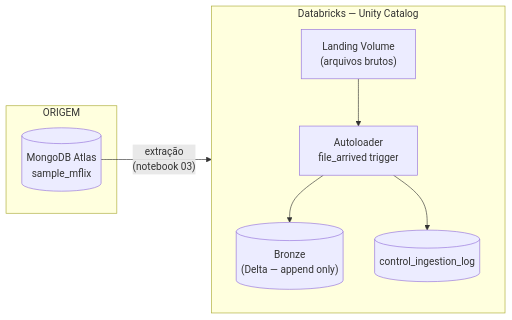
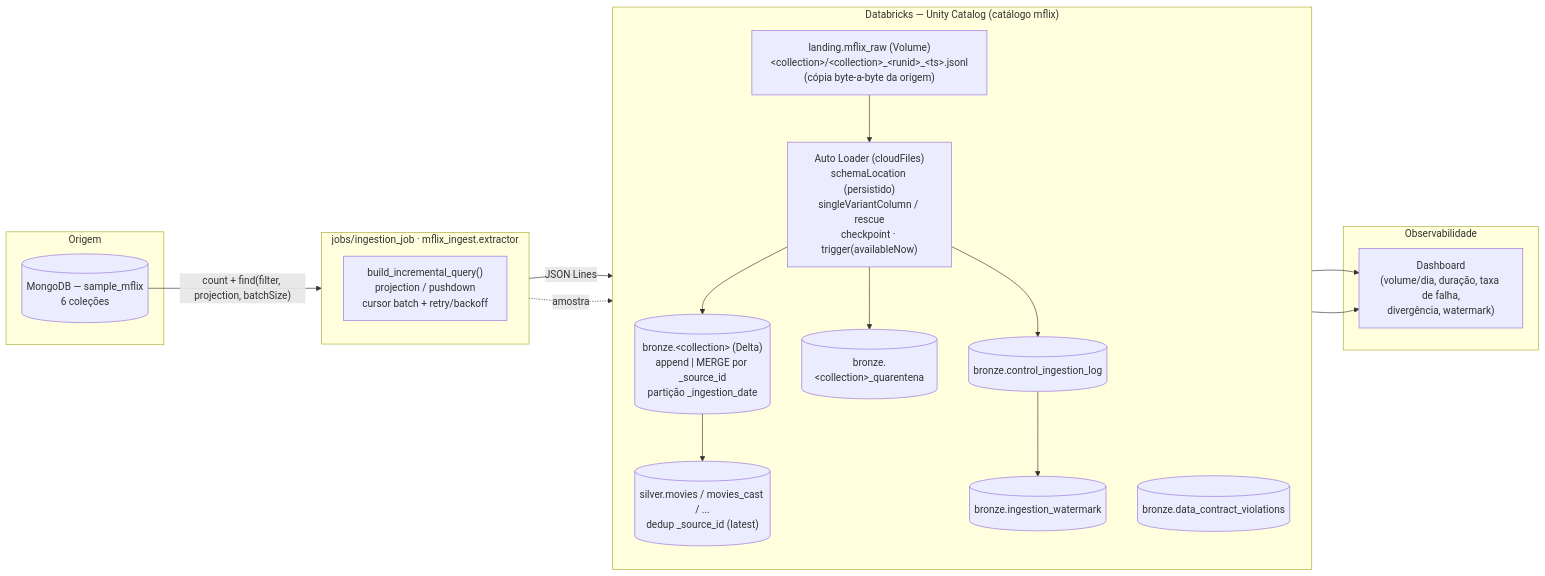
The diagram in docs/ARQUITETURA.md (hermeson883/T3-DE-INGESTAO), drawn with Mermaid before and after one commit. The commit also changed other lines of this file and 48 other files, not shown here.

````diff
--- a/docs/ARQUITETURA.md
+++ b/docs/ARQUITETURA.md
@@ -10,18 +10,39 @@
 ```mermaid
 flowchart LR
-    subgraph ORIGEM
-        M[(MongoDB Atlas\nsample_mflix)]
+    subgraph ORIGEM["Origem"]
+        M[("MongoDB — sample_mflix\n6 coleções")]
     end
 
-    subgraph DATABRICKS["Databricks — Unity Catalog"]
+    subgraph EXTRACT["jobs/ingestion_job · mflix_ingest.extractor"]
         direction TB
-        L["Landing Volume\n(arquivos brutos)"]
-        A["Autoloader\nfile_arrived trigger"]
-        B[("Bronze\n(Delta — append only)")]
-        C[("control_ingestion_log")]
-        L --> A --> B
-        A --> C
+        Q["build_incremental_query()\nprojection / pushdown\ncursor batch + retry/backoff"]
     end
 
-    M -->|"extração\n(notebook 03)"| L
+    subgraph UC["Databricks — Unity Catalog (catálogo mflix)"]
+        direction TB
+        L["landing.mflix_raw (Volume)\n&lt;collection&gt;/&lt;collection&gt;_&lt;runid&gt;_&lt;ts&gt;.jsonl\n(cópia byte-a-byte da origem)"]
+        A["Auto Loader (cloudFiles)\nschemaLocation (persistido)\nsingleVariantColumn / rescue\ncheckpoint · trigger(availableNow)"]
+        B[("bronze.&lt;collection&gt; (Delta)\nappend | MERGE por _source_id\npartição _ingestion_date")]
+        QN[("bronze.&lt;collection&gt;_quarentena")]
+        C[("bronze.control_ingestion_log")]
+        W[("bronze.ingestion_watermark")]
+        V[("bronze.data_contract_violations")]
+        S[("silver.movies / movies_cast / ...\ndedup _source_id (latest)")]
+
+        L --> A --> B
+        A --> QN
+        B --> S
+    end
+
+    subgraph OBS["Observabilidade"]
+        D["Dashboard\n(volume/dia, duração, taxa de falha,\ndivergência, watermark)"]
+    end
+
+    M -->|"count + find(filter, projection, batchSize)"| Q
+    Q -->|"JSON Lines"| L
+    Q -.->|"amostra"| V
+    A --> C
+    C --> W
+    C --> D
+    V --> D
 ```
````
